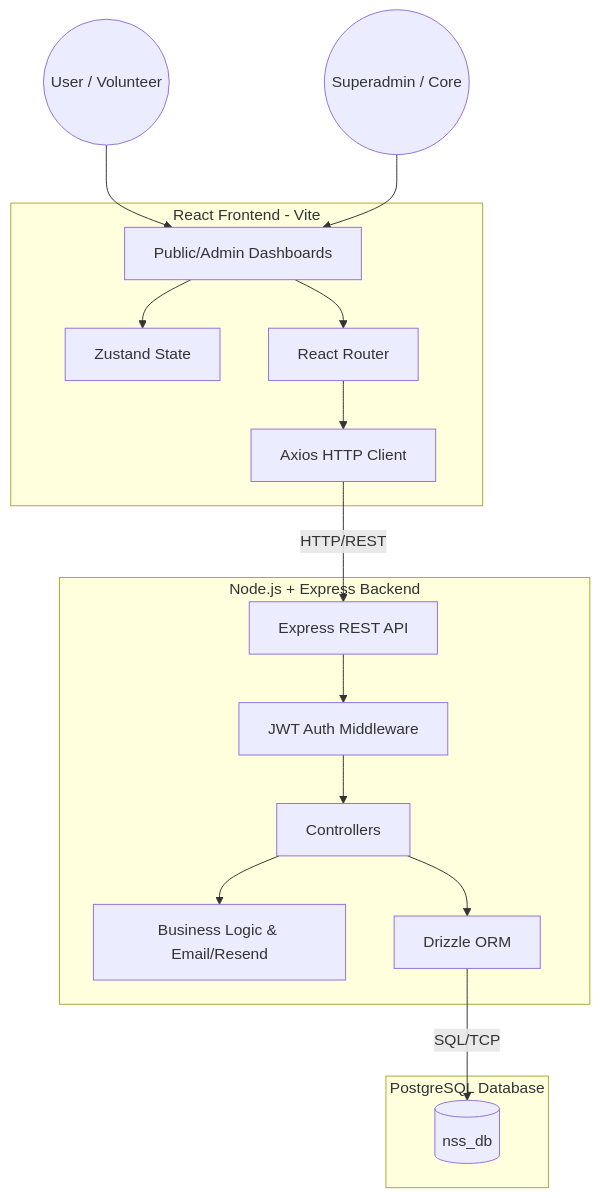
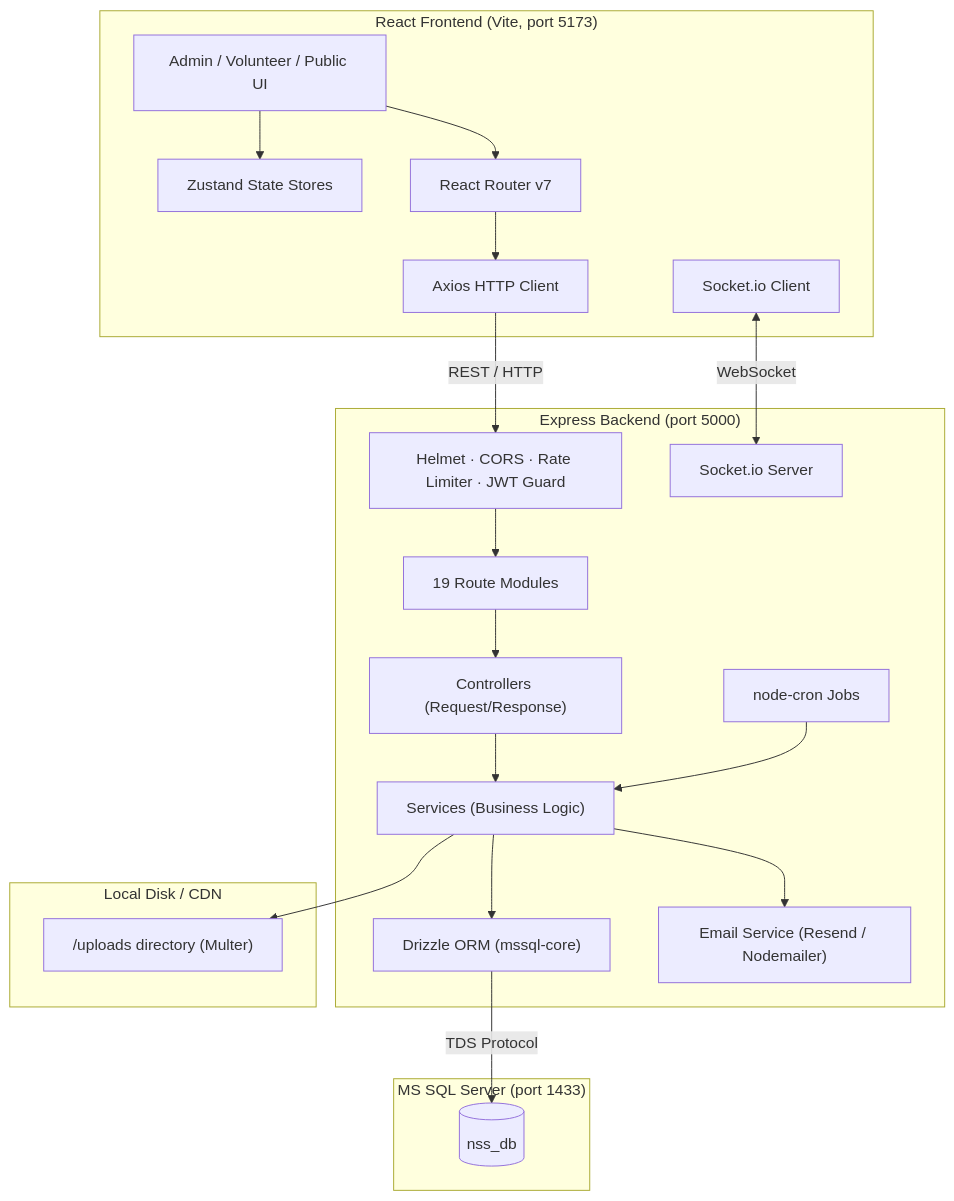
One commit to bhagyeshmagar/nssrscoe changed the diagram in README.md. Above: the diagram before and after it, drawn with Mermaid. The commit also changed other lines of this file and 145 other files, not shown here.

Commit message:
feat: implement full-stack event registration system with email notifications and administrative management interfaces

````diff
--- a/README.md
+++ b/README.md
@@ -97,40 +66,44 @@
 ```mermaid
 graph TD
-    %% User Interfaces
-    subgraph Frontend [React Frontend - Vite]
-        UI[Public/Admin Dashboards]
-        State[Zustand State]
-        Router[React Router]
-        Axios[Axios HTTP Client]
-        
-        UI --> State
-        UI --> Router
-        Router --> Axios
+    subgraph Client ["React Frontend (Vite, port 5173)"]
+        UI[Admin / Volunteer / Public UI]
+        Zustand[Zustand State Stores]
+        ReactRouter[React Router v7]
+        AxiosClient[Axios HTTP Client]
+        SocketClient[Socket.io Client]
+
+        UI --> Zustand
+        UI --> ReactRouter
+        ReactRouter --> AxiosClient
     end
 
-    %% Backend Services
-    subgraph Backend [Node.js + Express Backend]
-        API[Express REST API]
-        Auth[JWT Auth Middleware]
-        Controllers[Controllers]
-        Services[Business Logic & Email/Resend]
-        ORM[Drizzle ORM]
-        
-        Axios -- "HTTP/REST" --> API
-        API --> Auth
-        Auth --> Controllers
+    subgraph Server ["Express Backend (port 5000)"]
+        Middleware["Helmet · CORS · Rate Limiter · JWT Guard"]
+        Routes["19 Route Modules"]
+        Controllers["Controllers (Request/Response)"]
+        Services["Services (Business Logic)"]
+        DrizzleORM["Drizzle ORM (mssql-core)"]
+        SocketServer["Socket.io Server"]
+        CronJobs["node-cron Jobs"]
+        EmailService["Email Service (Resend / Nodemailer)"]
+
+        AxiosClient -- "REST / HTTP" --> Middleware
+        Middleware --> Routes
+        Routes --> Controllers
         Controllers --> Services
-        Controllers --> ORM
+        Services --> DrizzleORM
+        Services --> EmailService
+        SocketClient <-- "WebSocket" --> SocketServer
+        CronJobs --> Services
     end
 
-    %% Database Layer
-    subgraph Database [PostgreSQL Database]
-        DB[(nss_db)]
-        
-        ORM -- "SQL/TCP" --> DB
+    subgraph Database ["MS SQL Server (port 1433)"]
+        MSSQL[(nss_db)]
+        DrizzleORM -- "TDS Protocol" --> MSSQL
     end
-    
-    %% Users
-    Client((User / Volunteer)) --> UI
-    Admin((Superadmin / Core)) --> UI
+
+    subgraph Storage ["Local Disk / CDN"]
+        Uploads["/uploads directory (Multer)"]
+        Services --> Uploads
+    end
 ```
````
